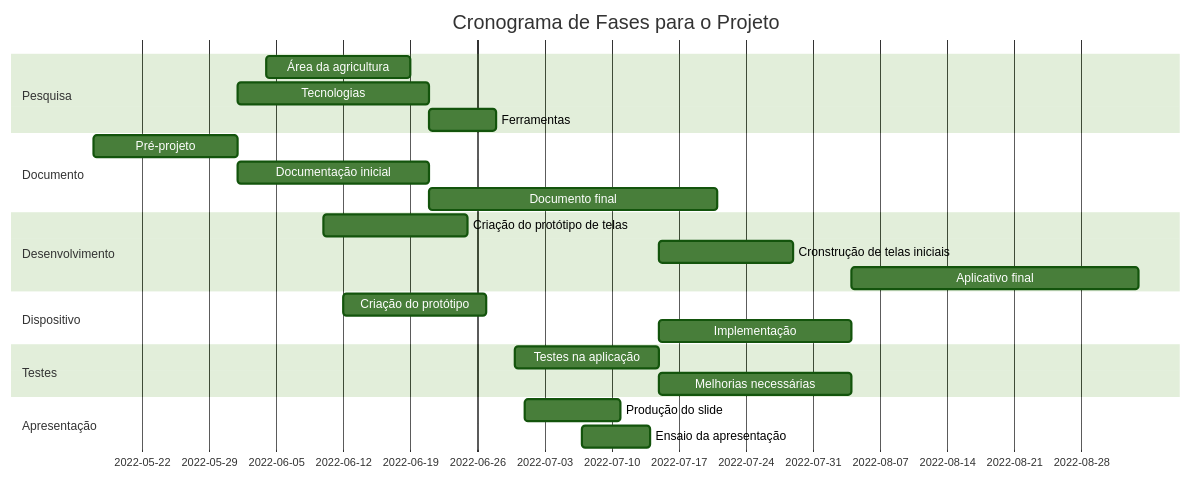
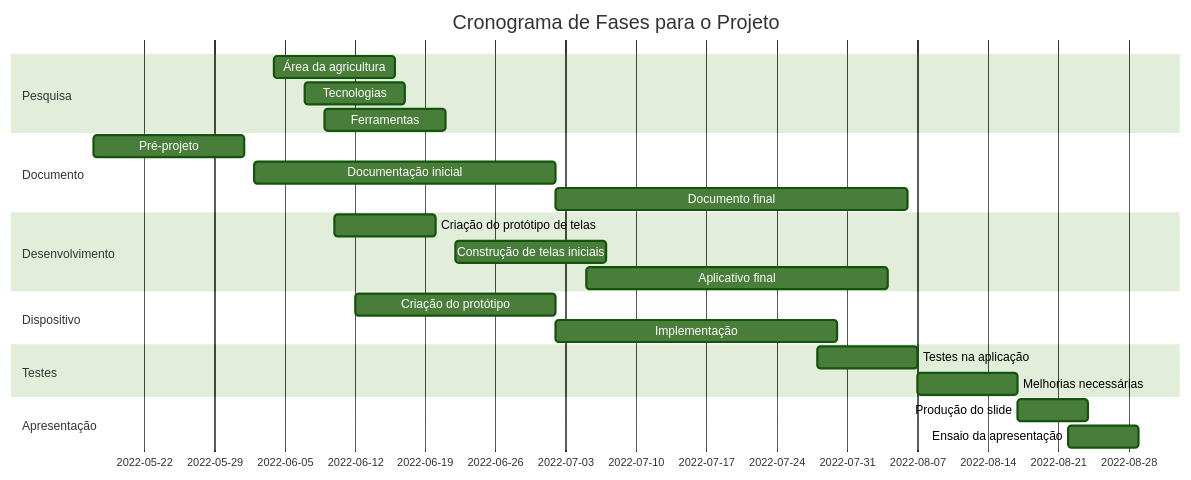
One commit to fernandaTavaresg/ProjetoIntegrador changed the diagram in README.md. Above: the diagram before and after it, drawn with Mermaid (forest theme). The commit also changed other lines of this file, not shown here.

````diff
--- a/README.md
+++ b/README.md
@@ -6,26 +18,26 @@
 ```mermaid
     gantt
     title Cronograma de Fases para o Projeto
     dateFormat  YYYY-MM-DD
     section Pesquisa
-    Área da agricultura     :a1, 2022-06-04, 15d
-    Tecnologias  :a2,after a1  , 20d
-    Ferramentas  :a3,after a2, 7d
+    Área da agricultura     :a1, 2022-06-04, 12d
+    Tecnologias             :a2,2022-06-07, 10d
+    Ferramentas             :a3,2022-06-09, 12d
     section Documento
-    Pré-projeto     :a1, 2022-05-17, 15d
-    Documentação inicial   :a2,after a1  , 20d
-    Documento final  :a3,after a2, 30d
+    Pré-projeto             :a1, 2022-05-17, 15d
+    Documentação inicial    :a2,2022-06-02 , 30d
+    Documento final         :a3,2022-07-02, 35d
     section Desenvolvimento
-    Criação do protótipo de telas  :c2,2022-06-10  , 15d
-    Cronstrução de telas iniciais     :c3,after c2, 14d
-    Aplicativo final     :c4,after c3, 30d
+    Criação do protótipo de telas   :c2,2022-06-10, 10d
+    Construção de telas iniciais    :c3,2022-06-22, 15d
+    Aplicativo final                :c4,2022-07-05, 30d
      section Dispositivo
-    Criação do protótipo  :c2,2022-06-12  , 15d
-    Implementação     :c3,after c2, 20d
+    Criação do protótipo            :c2,2022-06-12  , 20d
+    Implementação                   :c3,2022-07-02  , 28d
        section Testes
-    Testes na aplicação  :c2,2022-06-30  , 15d
-    Melhorias necessárias     :c3,after c2, 20d
+    Testes na aplicação             :c2, 2022-07-28, 10d
+    Melhorias necessárias           :c3,2022-08-07, 10d
     section Apresentação
-    Produção do slide  :p1, 2022-07-01, 10d
-    Ensaio da apresentação :p2, 2022-07-07, 7d   
+    Produção do slide               :p1, 2022-08-17, 7d
+    Ensaio da apresentação          :p2, 2022-08-22, 7d   
 ``` 
````
